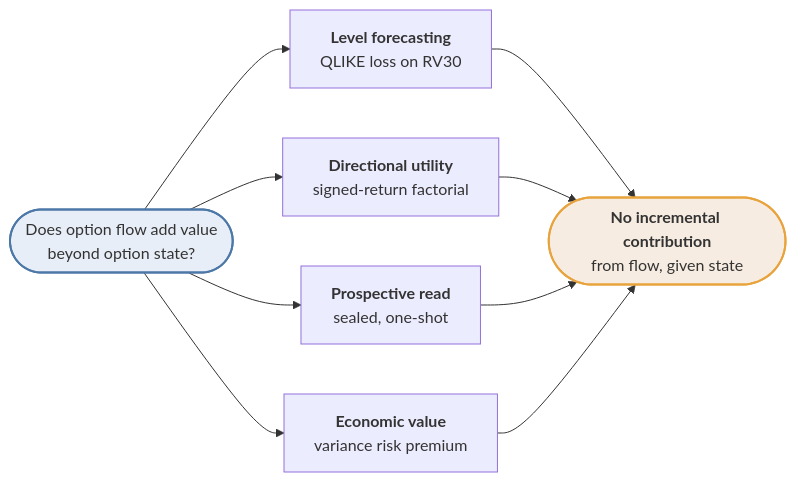
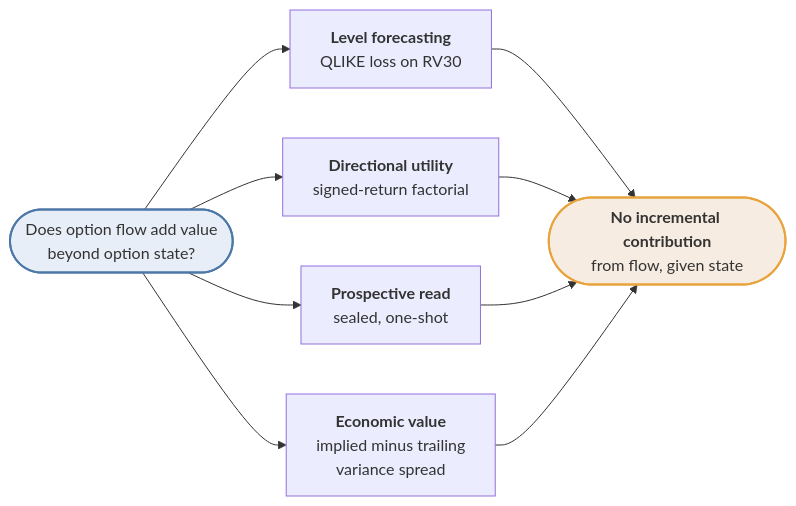
The first of 2 diagrams in README.md (mguerrero896/does-option-flow-predict-volatility), drawn with Mermaid before and after one commit. The commit also changed other lines of this file and 32 other files, not shown here.

````diff
--- a/README.md
+++ b/README.md
@@ -40,17 +43,17 @@
 ```mermaid
 flowchart LR
     Q(["Does option flow add value<br/>beyond option state?"])
 
     Q --> I1["<b>Level forecasting</b><br/>QLIKE loss on RV30"]
     Q --> I2["<b>Directional utility</b><br/>signed-return factorial"]
     Q --> I3["<b>Prospective read</b><br/>sealed, one-shot"]
-    Q --> I4["<b>Economic value</b><br/>variance risk premium"]
+    Q --> I4["<b>Economic value</b><br/>implied minus trailing<br/>variance spread"]
 
     I1 --> A(["<b>No incremental contribution</b><br/>from flow, given state"])
     I2 --> A
     I3 --> A
     I4 --> A
 
     style Q fill:#e8eef7,stroke:#4c78a8,stroke-width:2px
     style A fill:#f7ece1,stroke:#e8a33d,stroke-width:2px
 ```
````
